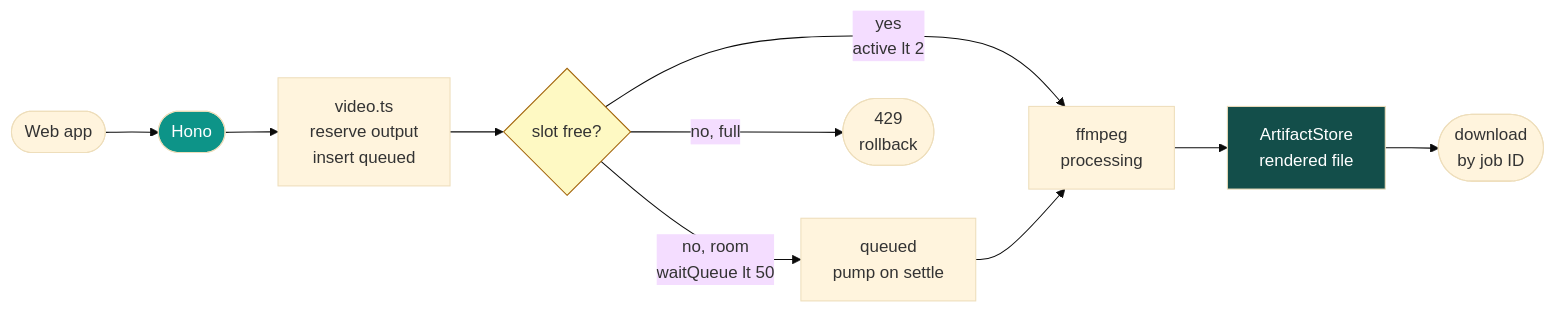
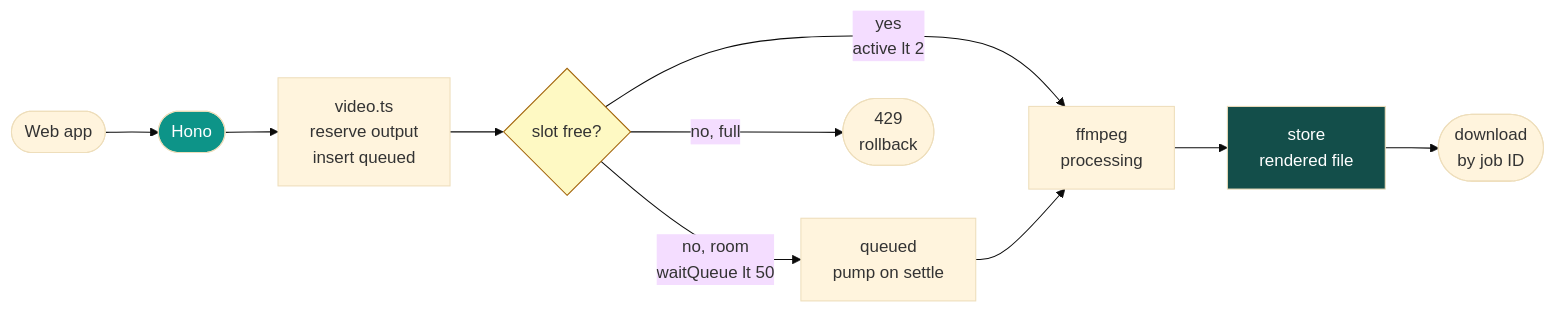
Before and after one commit to Iipal/ffmpego_editor: the first of 6 diagrams in apps/api/README.md, drawn with Mermaid (base theme). The commit also changed other lines of this file and 18 other files, not shown here.

````diff
--- a/apps/api/README.md
+++ b/apps/api/README.md
@@ -21,14 +21,14 @@
 ```mermaid
 flowchart LR
     Web([Web app]) --> Hono([Hono])
     Hono --> Video[video.ts<br/>reserve output<br/>insert queued]
     Video --> Q{slot free?}
     Q -- yes<br/>active lt 2 --> FF[ffmpeg<br/>processing]
     Q -- no, room<br/>waitQueue lt 50 --> Wait[queued<br/>pump on settle] --> FF
     Q -- no, full --> Denied([429<br/>rollback])
-    FF --> Art[ArtifactStore<br/>rendered file]
+    FF --> Art[store<br/>rendered file]
     Art --> DL([download<br/>by job ID])
     style Hono fill:#0d9488,color:#fff
     style Art fill:#134e4a,color:#fff
     style Q fill:#fef9c3,stroke:#a16207
 ```
````
